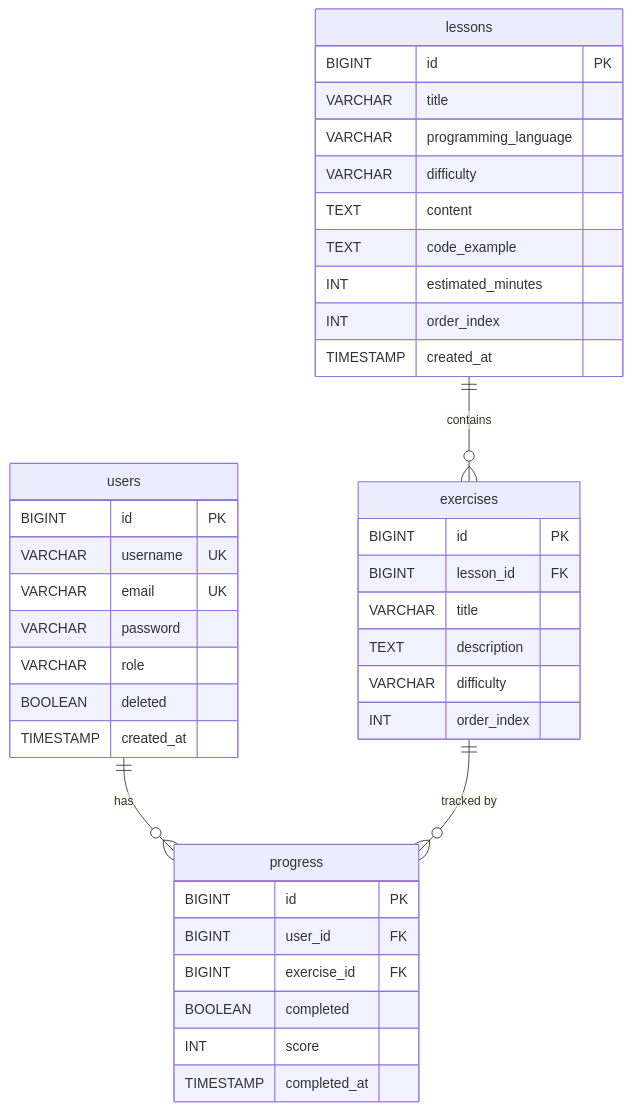
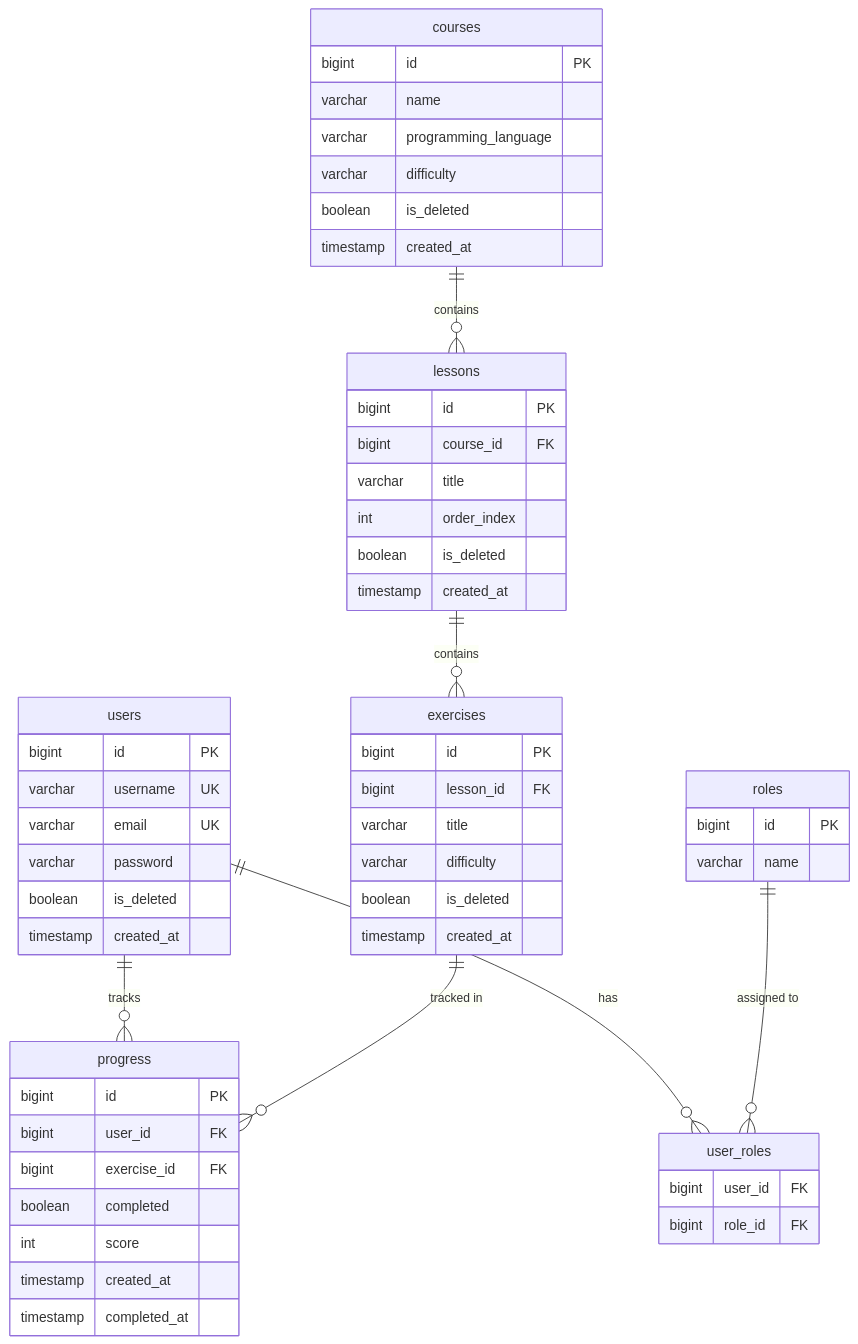
One commit to Tessellation93/JavaJolt changed the diagram in docs/ERD.md. Above: the diagram before and after it, drawn with Mermaid. The commit also changed other lines of this file, not shown here.

Commit message:
Update ERD with Mermaid diagram

````diff
--- a/docs/ERD.md
+++ b/docs/ERD.md
@@ -2,46 +3,59 @@
 ```mermaid
 erDiagram
     users {
-        BIGINT id PK
-        VARCHAR username UK
-        VARCHAR email UK
-        VARCHAR password
-        VARCHAR role
-        BOOLEAN deleted
-        TIMESTAMP created_at
+        bigint id PK
+        varchar username UK
+        varchar email UK
+        varchar password
+        boolean is_deleted
+        timestamp created_at
+    }
+    roles {
+        bigint id PK
+        varchar name
+    }
+    user_roles {
+        bigint user_id FK
+        bigint role_id FK
+    }
+    courses {
+        bigint id PK
+        varchar name
+        varchar programming_language
+        varchar difficulty
+        boolean is_deleted
+        timestamp created_at
+    }
+    lessons {
+        bigint id PK
+        bigint course_id FK
+        varchar title
+        int order_index
+        boolean is_deleted
+        timestamp created_at
+    }
+    exercises {
+        bigint id PK
+        bigint lesson_id FK
+        varchar title
+        varchar difficulty
+        boolean is_deleted
+        timestamp created_at
+    }
+    progress {
+        bigint id PK
+        bigint user_id FK
+        bigint exercise_id FK
+        boolean completed
+        int score
+        timestamp created_at
+        timestamp completed_at
     }
 
-    lessons {
-        BIGINT id PK
-        VARCHAR title
-        VARCHAR programming_language
-        VARCHAR difficulty
-        TEXT content
-        TEXT code_example
-        INT estimated_minutes
-        INT order_index
-        TIMESTAMP created_at
-    }
-
-    exercises {
-        BIGINT id PK
-        BIGINT lesson_id FK
-        VARCHAR title
-        TEXT description
-        VARCHAR difficulty
-        INT order_index
-    }
-
-    progress {
-        BIGINT id PK
-        BIGINT user_id FK
-        BIGINT exercise_id FK
-        BOOLEAN completed
-        INT score
-        TIMESTAMP completed_at
-    }
-
-    users ||--o{ progress : "has"
+    users ||--o{ user_roles : "has"
+    roles ||--o{ user_roles : "assigned to"
+    courses ||--o{ lessons : "contains"
     lessons ||--o{ exercises : "contains"
-    exercises ||--o{ progress : "tracked by"
+    users ||--o{ progress : "tracks"
+    exercises ||--o{ progress : "tracked in"
 ```
````
